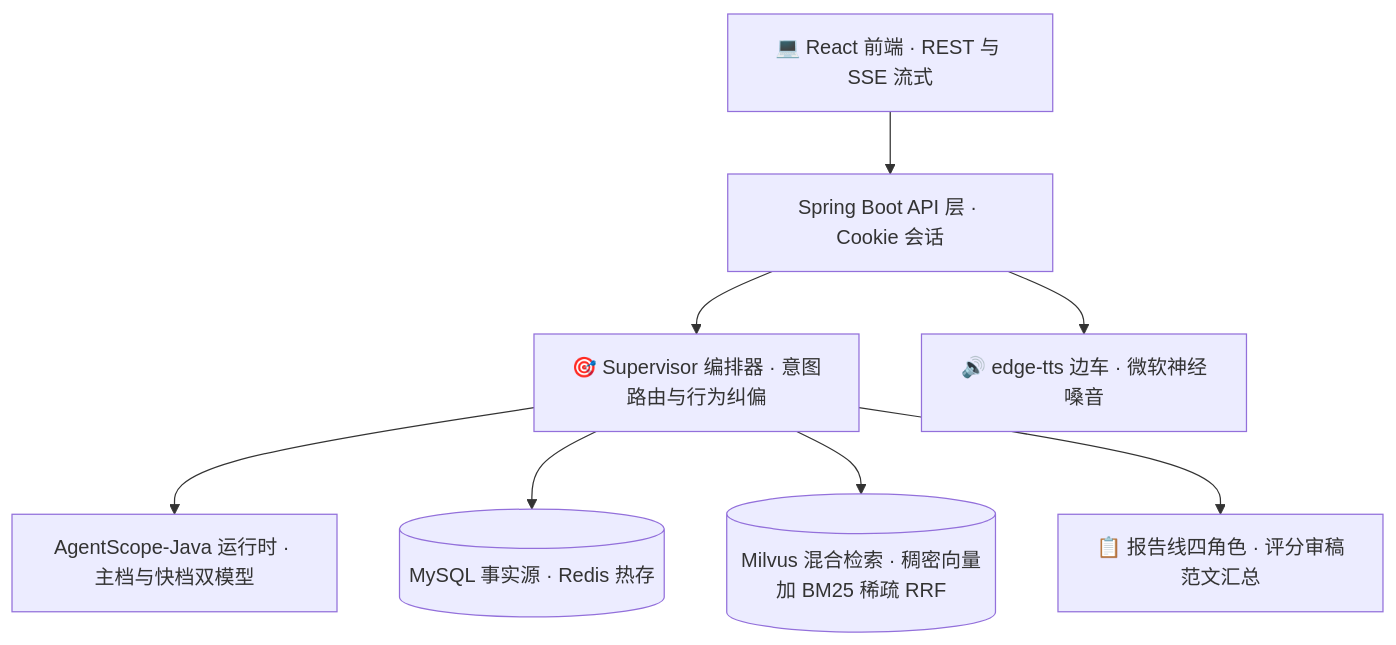
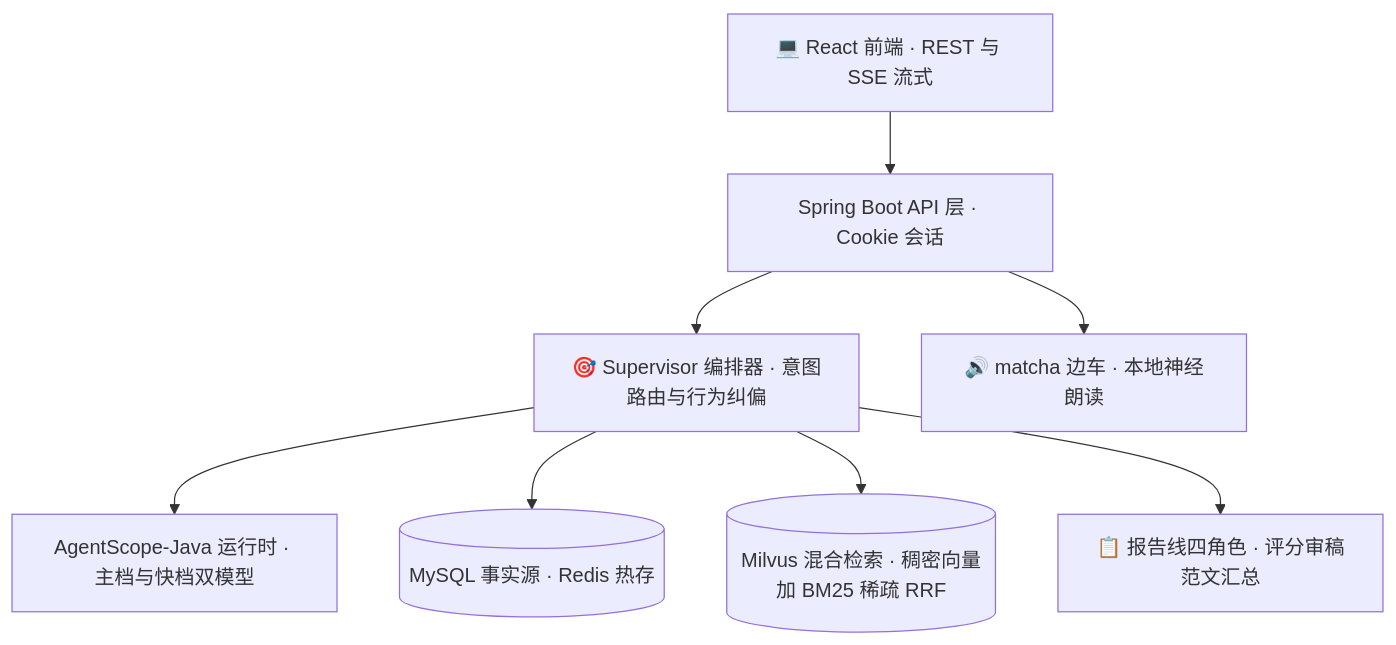
Before and after one commit to Sakura-hexo/mockInterview: the first of 3 diagrams in README.md, drawn with Mermaid. The commit also changed other lines of this file and 15 other files, not shown here.

Commit message:
feat(tts): 边车换装本地 matcha-zh-en 治读题延迟——微软链路晚高峰约 300kbps 致 189 字等 6 秒，本地推理 RTF 0.03 全链路冷合成 0.62 秒；HTTP 契约不变输出 mp3 改 wav，单说话人嗓音 matcha-zh-en，模型 143MB 构建期烘入镜像零外联

````diff
--- a/README.md
+++ b/README.md
@@ -40,10 +40,10 @@
 ```mermaid
 flowchart TD
     U["💻 React 前端 · REST 与 SSE 流式"] --> API["Spring Boot API 层 · Cookie 会话"]
     API --> S["🎯 Supervisor 编排器 · 意图路由与行为纠偏"]
     S --> RT["AgentScope-Java 运行时 · 主档与快档双模型"]
     S --> DB[("MySQL 事实源 · Redis 热存")]
     S --> MV[("Milvus 混合检索 · 稠密向量加 BM25 稀疏 RRF")]
     S --> RP["📋 报告线四角色 · 评分审稿范文汇总"]
-    API --> TTS["🔊 edge-tts 边车 · 微软神经嗓音"]
+    API --> TTS["🔊 matcha 边车 · 本地神经朗读"]
 ```
````
